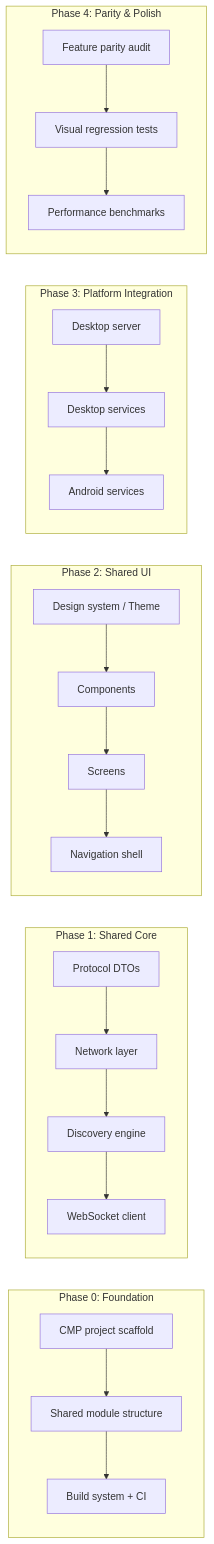
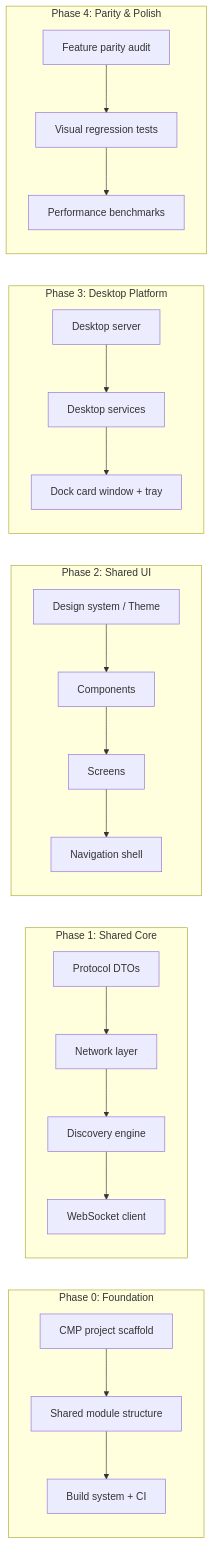
Before and after one commit to SplashCodeDex/DeX: the diagram in UltimateMigrationPlan.md, drawn with Mermaid. The commit also changed other lines of this file and 1 other file, not shown here.

Commit message:
[docs] Re-scope migration plans to desktop-only; remove Android-migration and legacy-sunset instructions

````diff
--- a/UltimateMigrationPlan.md
+++ b/UltimateMigrationPlan.md
@@ -60,25 +73,25 @@
 ```mermaid
 graph LR
     subgraph "Phase 0: Foundation"
         A[CMP project scaffold] --> B[Shared module structure]
         B --> C[Build system + CI]
     end
     subgraph "Phase 1: Shared Core"
         D[Protocol DTOs] --> E[Network layer]
         E --> F[Discovery engine]
         F --> G[WebSocket client]
     end
     subgraph "Phase 2: Shared UI"
         H[Design system / Theme] --> I[Components]
         I --> J[Screens]
         J --> K[Navigation shell]
     end
-    subgraph "Phase 3: Platform Integration"
+    subgraph "Phase 3: Desktop Platform"
         L[Desktop server] --> M[Desktop services]
-        M --> N[Android services]
+        M --> N[Dock card window + tray]
     end
     subgraph "Phase 4: Parity & Polish"
         O[Feature parity audit] --> P[Visual regression tests]
         P --> Q[Performance benchmarks]
     end
 ```
````
